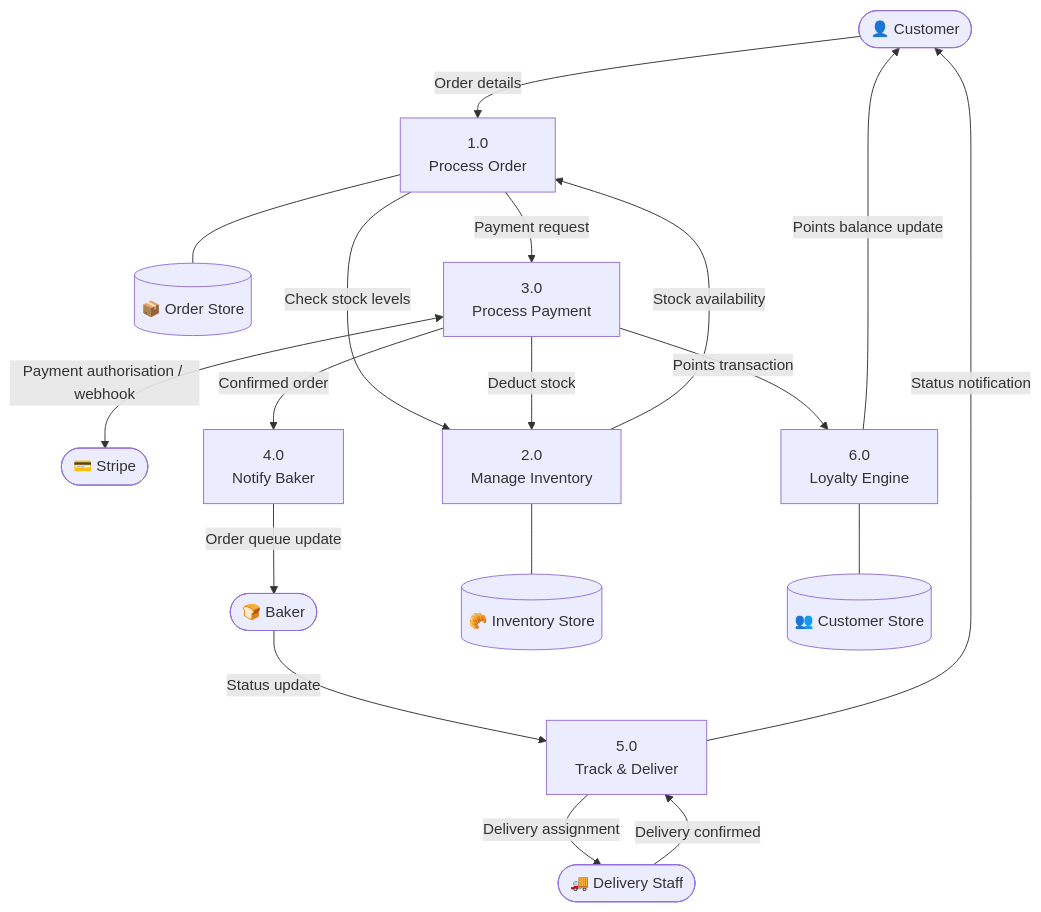
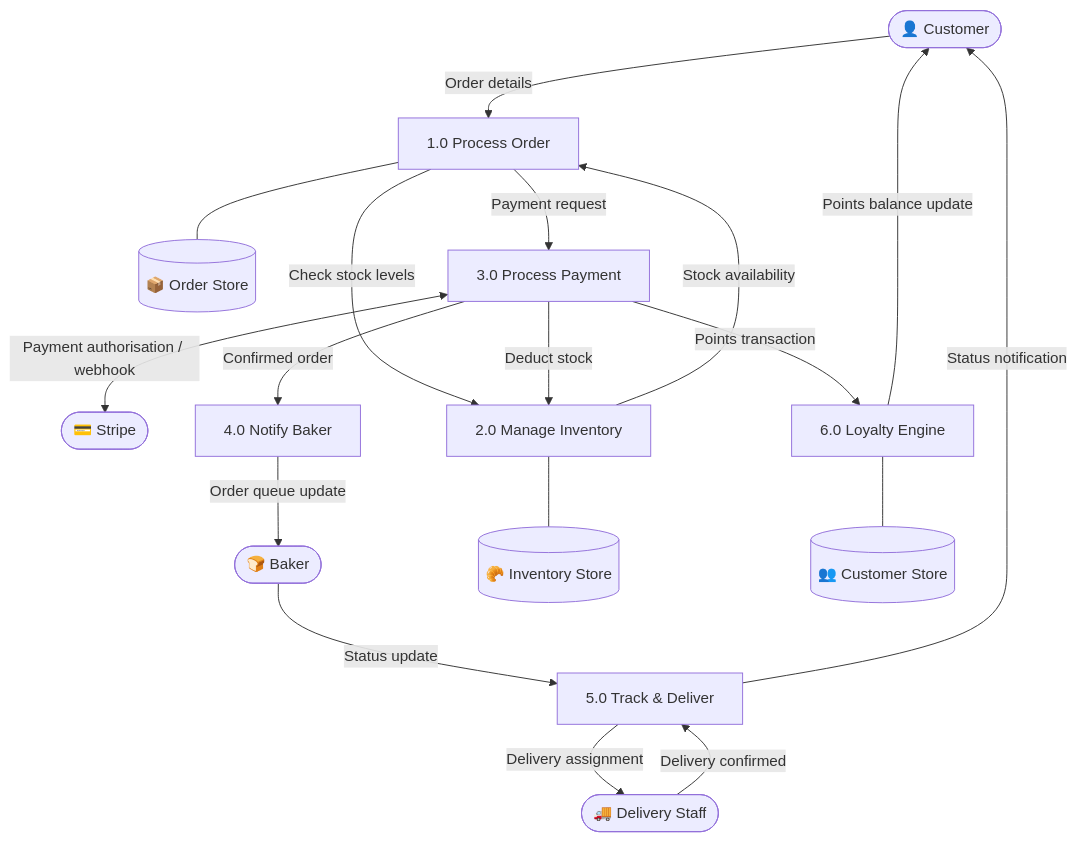
Before and after one commit to alexarlord-boop/IS501-Project: the second of 5 diagrams in FreshBakes_System_Design_Report.md, drawn with Mermaid. The commit also changed other lines of this file, not shown here.

Commit message:
Update FreshBakes system design report: remove pending status from table of contents, standardize headings, and enhance clarity in methodology comparisons.

````diff
--- a/FreshBakes_System_Design_Report.md
+++ b/FreshBakes_System_Design_Report.md
@@ -403,30 +391,30 @@
 ```mermaid
 flowchart TD
     CUST(["👤 Customer"])
     BAKER(["🍞 Baker"])
     DEL(["🚚 Delivery Staff"])
     STRIPE(["💳 Stripe"])
 
     DS1[("📦 Order Store")]
     DS2[("🥐 Inventory Store")]
     DS3[("👥 Customer Store")]
 
-    CUST -->|"Order details"| P1["1.0\nProcess Order"]
-    P1 -->|"Check stock levels"| P2["2.0\nManage Inventory"]
+    CUST -->|"Order details"| P1["1.0 Process Order"]
+    P1 -->|"Check stock levels"| P2["2.0 Manage Inventory"]
     P2 -->|"Stock availability"| P1
-    P1 -->|"Payment request"| P3["3.0\nProcess Payment"]
+    P1 -->|"Payment request"| P3["3.0 Process Payment"]
     P3 <-->|"Payment authorisation / webhook"| STRIPE
-    P3 -->|"Confirmed order"| P4["4.0\nNotify Baker"]
+    P3 -->|"Confirmed order"| P4["4.0 Notify Baker"]
     P3 -->|"Deduct stock"| P2
     P4 -->|"Order queue update"| BAKER
-    BAKER -->|"Status update"| P5["5.0\nTrack & Deliver"]
+    BAKER -->|"Status update"| P5["5.0 Track & Deliver"]
     P5 -->|"Delivery assignment"| DEL
     DEL -->|"Delivery confirmed"| P5
     P5 -->|"Status notification"| CUST
-    P3 -->|"Points transaction"| P6["6.0\nLoyalty Engine"]
+    P3 -->|"Points transaction"| P6["6.0 Loyalty Engine"]
     P6 -->|"Points balance update"| CUST
 
     P1 --- DS1
     P2 --- DS2
     P6 --- DS3
 ```
````
